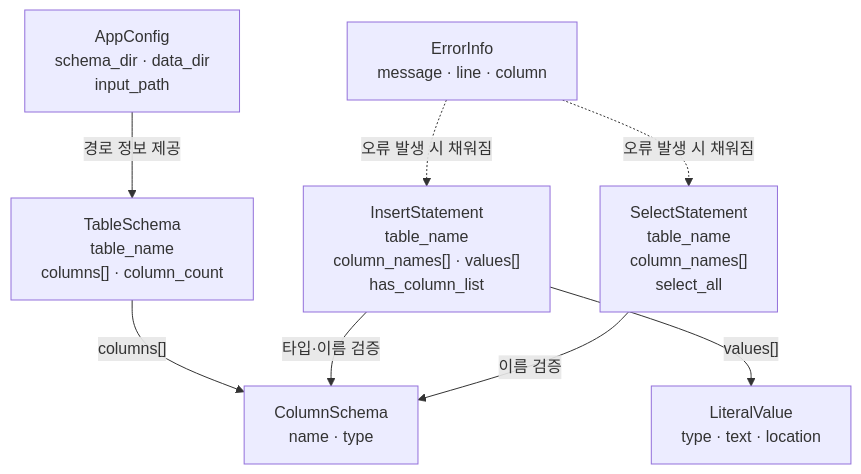
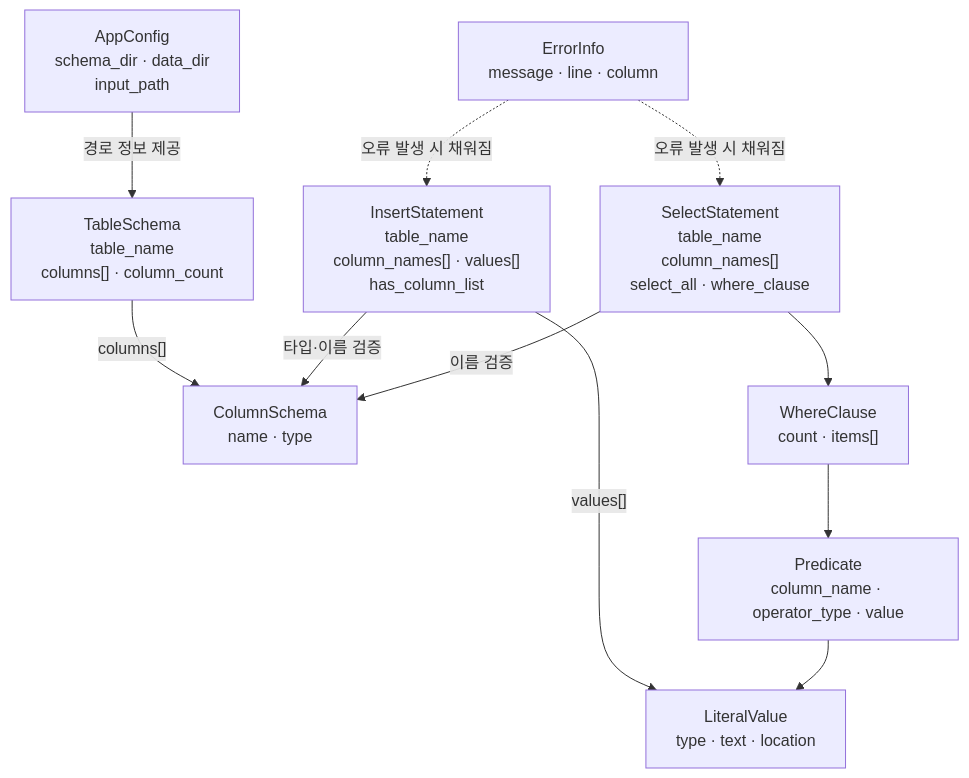
Before and after one commit to Jungle-12-303/week6-team5-sql: the second of 17 diagrams in docs/storage-executor.md, drawn with Mermaid. The commit also changed other lines of this file and 4 other files, not shown here.

````diff
--- a/docs/storage-executor.md
+++ b/docs/storage-executor.md
@@ -38,18 +38,23 @@
 ```mermaid
 flowchart TD
     AC["AppConfig<br/>schema_dir · data_dir<br/>input_path"]
     TS["TableSchema<br/>table_name<br/>columns[] · column_count"]
     CS["ColumnSchema<br/>name · type"]
     IS["InsertStatement<br/>table_name<br/>column_names[] · values[]<br/>has_column_list"]
-    SS["SelectStatement<br/>table_name<br/>column_names[]<br/>select_all"]
+    SS["SelectStatement<br/>table_name<br/>column_names[]<br/>select_all · where_clause"]
+    WC["WhereClause<br/>count · items[]"]
+    PD["Predicate<br/>column_name · operator_type · value"]
     LV["LiteralValue<br/>type · text · location"]
     EI["ErrorInfo<br/>message · line · column"]
 
     AC -->|"경로 정보 제공"| TS
     TS -->|"columns[]"| CS
     IS -->|"values[]"| LV
     IS -->|"타입·이름 검증"| CS
     SS -->|"이름 검증"| CS
+    SS --> WC
+    WC --> PD
+    PD --> LV
     EI -. "오류 발생 시 채워짐" .-> IS
     EI -. "오류 발생 시 채워짐" .-> SS
 ```
````
